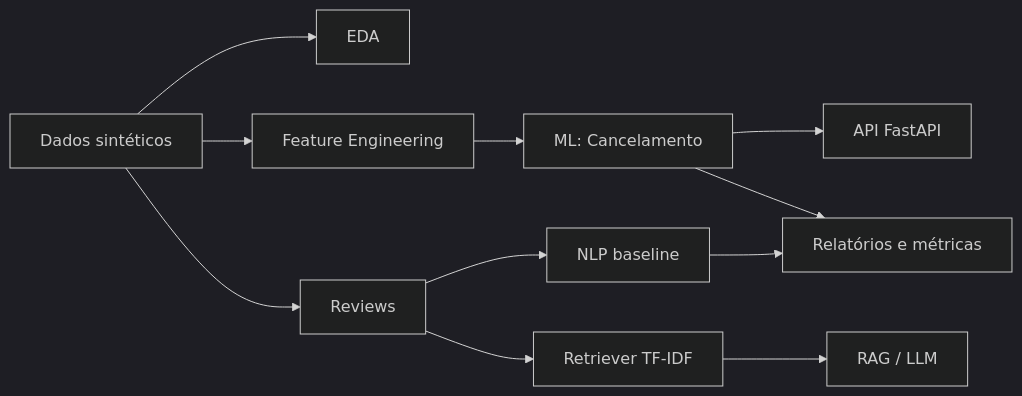
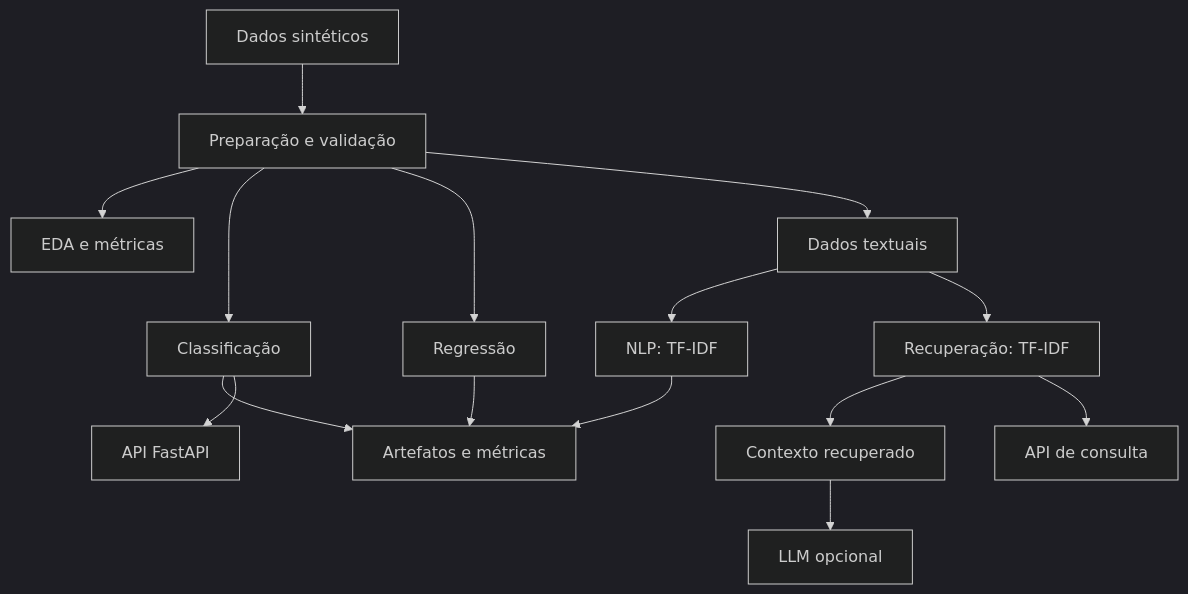
One commit to SaioThech/foodflow-ai changed the diagram in docs/architecture.md. Above: the diagram before and after it, drawn with Mermaid (dark theme). The commit also changed other lines of this file, not shown here.

Commit message:
docs: align docs/architecture.md with technical scope

````diff
--- a/docs/architecture.md
+++ b/docs/architecture.md
@@ -3,13 +7,17 @@
 ```mermaid
-flowchart LR
-    A[Dados sintéticos] --> B[EDA]
-    A --> C[Feature Engineering]
-    C --> D[ML: Cancelamento]
-    D --> E[API FastAPI]
-    A --> F[Reviews]
-    F --> G[NLP baseline]
-    F --> H[Retriever TF-IDF]
-    H --> I[RAG / LLM]
-    D --> J[Relatórios e métricas]
-    G --> J
+flowchart TD
+    A[Dados sintéticos] --> B[Preparação e validação]
+    B --> C[EDA e métricas]
+    B --> D[Classificação]
+    B --> E[Regressão]
+    B --> F[Dados textuais]
+    F --> G[NLP: TF-IDF]
+    F --> H[Recuperação: TF-IDF]
+    H --> I[Contexto recuperado]
+    I --> J[LLM opcional]
+    D --> K[Artefatos e métricas]
+    E --> K
+    G --> K
+    D --> L[API FastAPI]
+    H --> M[API de consulta]
 ```
````
